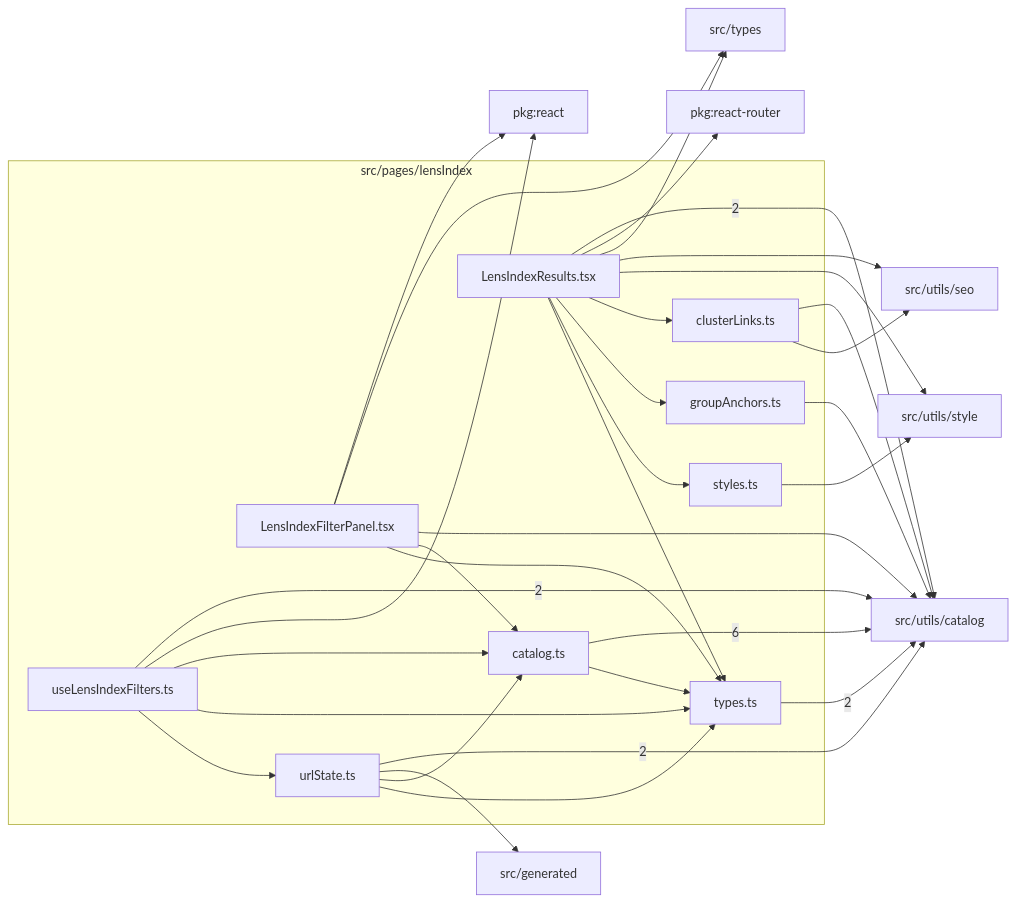
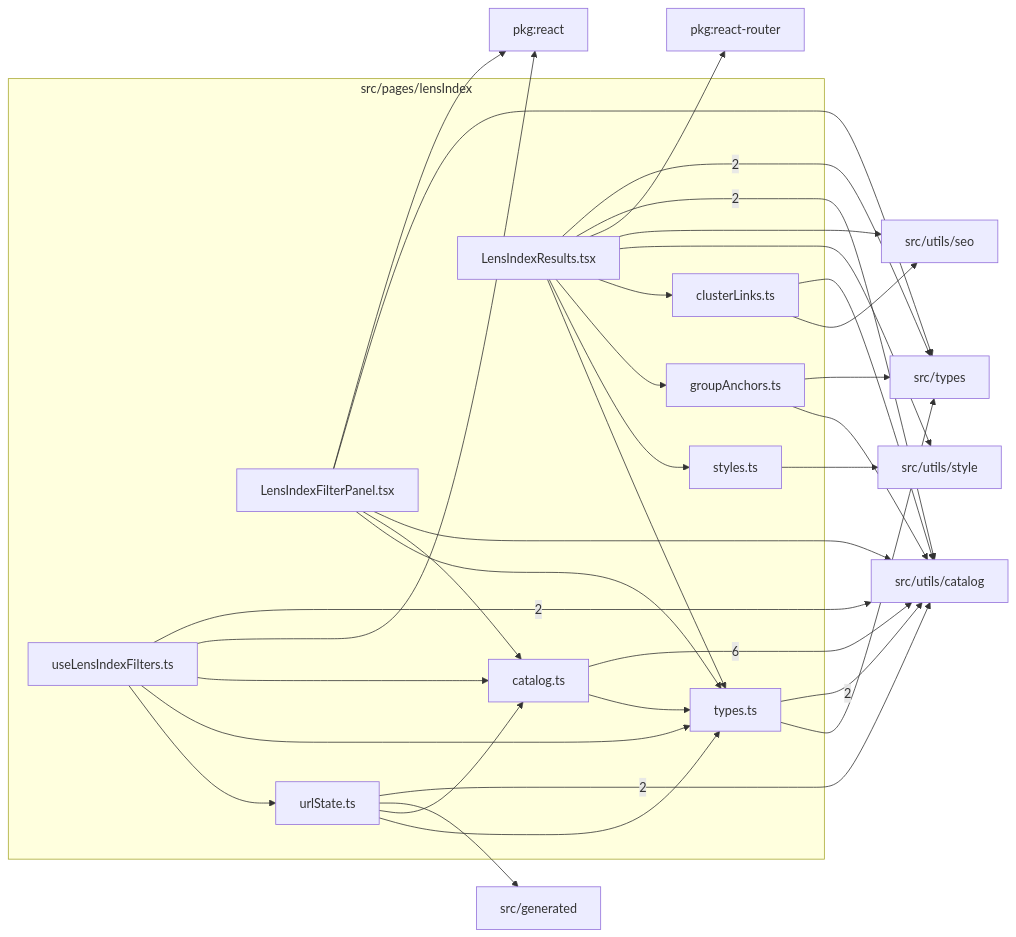
The diagram in src/pages/lensIndex/readme.md (ronbuening/LensVisualizer), drawn with Mermaid before and after one commit. The commit also changed other lines of this file and 17 other files, not shown here.

````diff
--- a/src/pages/lensIndex/readme.md
+++ b/src/pages/lensIndex/readme.md
@@ -9,51 +9,53 @@
 ```mermaid
 flowchart LR
   subgraph n_src_pages_lensIndex["src/pages/lensIndex"]
     n_src_pages_lensIndex_src_pages_lensIndex_catalog_ts["catalog.ts"]
     n_src_pages_lensIndex_src_pages_lensIndex_clusterLinks_ts["clusterLinks.ts"]
     n_src_pages_lensIndex_src_pages_lensIndex_groupAnchors_ts["groupAnchors.ts"]
     n_src_pages_lensIndex_src_pages_lensIndex_LensIndexFilterPanel_tsx["LensIndexFilterPanel.tsx"]
     n_src_pages_lensIndex_src_pages_lensIndex_LensIndexResults_tsx["LensIndexResults.tsx"]
     n_src_pages_lensIndex_src_pages_lensIndex_styles_ts["styles.ts"]
     n_src_pages_lensIndex_src_pages_lensIndex_types_ts["types.ts"]
     n_src_pages_lensIndex_src_pages_lensIndex_urlState_ts["urlState.ts"]
     n_src_pages_lensIndex_src_pages_lensIndex_useLensIndexFilters_ts["useLensIndexFilters.ts"]
   end
   n_external_src_utils_catalog["src/utils/catalog"]
+  n_external_src_types["src/types"]
   n_external_pkg_react["pkg:react"]
   n_external_pkg_react_router["pkg:react-router"]
   n_external_src_generated["src/generated"]
-  n_external_src_types["src/types"]
   n_external_src_utils_seo["src/utils/seo"]
   n_external_src_utils_style["src/utils/style"]
   n_src_pages_lensIndex_src_pages_lensIndex_catalog_ts --> |6| n_external_src_utils_catalog
+  n_src_pages_lensIndex_src_pages_lensIndex_LensIndexResults_tsx --> |2| n_external_src_types
   n_src_pages_lensIndex_src_pages_lensIndex_LensIndexResults_tsx --> |2| n_external_src_utils_catalog
   n_src_pages_lensIndex_src_pages_lensIndex_types_ts --> |2| n_external_src_utils_catalog
   n_src_pages_lensIndex_src_pages_lensIndex_urlState_ts --> |2| n_external_src_utils_catalog
   n_src_pages_lensIndex_src_pages_lensIndex_useLensIndexFilters_ts --> |2| n_external_src_utils_catalog
   n_src_pages_lensIndex_src_pages_lensIndex_LensIndexFilterPanel_tsx --> n_external_pkg_react
   n_src_pages_lensIndex_src_pages_lensIndex_useLensIndexFilters_ts --> n_external_pkg_react
   n_src_pages_lensIndex_src_pages_lensIndex_LensIndexResults_tsx --> n_external_pkg_react_router
   n_src_pages_lensIndex_src_pages_lensIndex_urlState_ts --> n_external_src_generated
+  n_src_pages_lensIndex_src_pages_lensIndex_groupAnchors_ts --> n_external_src_types
   n_src_pages_lensIndex_src_pages_lensIndex_LensIndexFilterPanel_tsx --> n_external_src_types
-  n_src_pages_lensIndex_src_pages_lensIndex_LensIndexResults_tsx --> n_external_src_types
+  n_src_pages_lensIndex_src_pages_lensIndex_types_ts --> n_external_src_types
   n_src_pages_lensIndex_src_pages_lensIndex_clusterLinks_ts --> n_external_src_utils_catalog
   n_src_pages_lensIndex_src_pages_lensIndex_groupAnchors_ts --> n_external_src_utils_catalog
   n_src_pages_lensIndex_src_pages_lensIndex_LensIndexFilterPanel_tsx --> n_external_src_utils_catalog
   n_src_pages_lensIndex_src_pages_lensIndex_clusterLinks_ts --> n_external_src_utils_seo
   n_src_pages_lensIndex_src_pages_lensIndex_LensIndexResults_tsx --> n_external_src_utils_seo
   n_src_pages_lensIndex_src_pages_lensIndex_LensIndexResults_tsx --> n_external_src_utils_style
   n_src_pages_lensIndex_src_pages_lensIndex_styles_ts --> n_external_src_utils_style
   n_src_pages_lensIndex_src_pages_lensIndex_LensIndexFilterPanel_tsx --> n_src_pages_lensIndex_src_pages_lensIndex_catalog_ts
   n_src_pages_lensIndex_src_pages_lensIndex_urlState_ts --> n_src_pages_lensIndex_src_pages_lensIndex_catalog_ts
   n_src_pages_lensIndex_src_pages_lensIndex_useLensIndexFilters_ts --> n_src_pages_lensIndex_src_pages_lensIndex_catalog_ts
   n_src_pages_lensIndex_src_pages_lensIndex_LensIndexResults_tsx --> n_src_pages_lensIndex_src_pages_lensIndex_clusterLinks_ts
   n_src_pages_lensIndex_src_pages_lensIndex_LensIndexResults_tsx --> n_src_pages_lensIndex_src_pages_lensIndex_groupAnchors_ts
   n_src_pages_lensIndex_src_pages_lensIndex_LensIndexResults_tsx --> n_src_pages_lensIndex_src_pages_lensIndex_styles_ts
   n_src_pages_lensIndex_src_pages_lensIndex_catalog_ts --> n_src_pages_lensIndex_src_pages_lensIndex_types_ts
   n_src_pages_lensIndex_src_pages_lensIndex_LensIndexFilterPanel_tsx --> n_src_pages_lensIndex_src_pages_lensIndex_types_ts
   n_src_pages_lensIndex_src_pages_lensIndex_LensIndexResults_tsx --> n_src_pages_lensIndex_src_pages_lensIndex_types_ts
   n_src_pages_lensIndex_src_pages_lensIndex_urlState_ts --> n_src_pages_lensIndex_src_pages_lensIndex_types_ts
   n_src_pages_lensIndex_src_pages_lensIndex_useLensIndexFilters_ts --> n_src_pages_lensIndex_src_pages_lensIndex_types_ts
   n_src_pages_lensIndex_src_pages_lensIndex_useLensIndexFilters_ts --> n_src_pages_lensIndex_src_pages_lensIndex_urlState_ts
 ```
````
